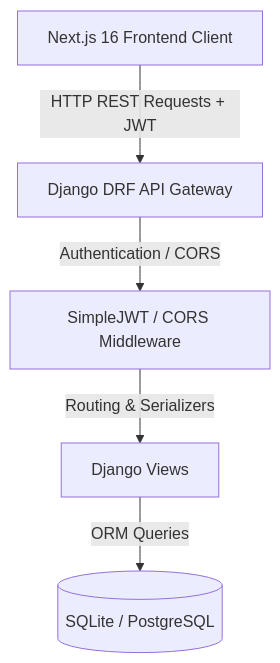
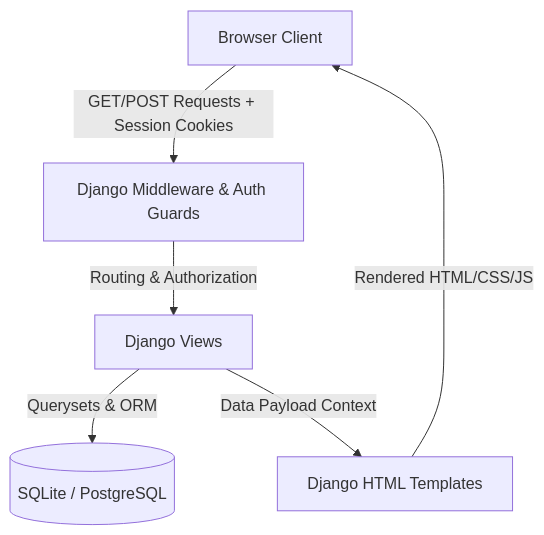
The diagram in README.md (vishalbhakt/jsmpro), drawn with Mermaid before and after one commit. The commit also changed other lines of this file, not shown here.

Commit message:
docs: align README with monolithic MVT Django project architecture, stack, and setup

````diff
--- a/README.md
+++ b/README.md
@@ -69,7 +71,8 @@
 ```mermaid
 graph TD
-    Client[Next.js 16 Frontend Client] -->|HTTP REST Requests + JWT| Gateway[Django DRF API Gateway]
-    Gateway -->|Authentication / CORS| Security[SimpleJWT / CORS Middleware]
-    Security -->|Routing & Serializers| Controllers[Django Views]
-    Controllers -->|ORM Queries| DB[(SQLite / PostgreSQL)]
+    Client[Browser Client] -->|GET/POST Requests + Session Cookies| Middleware[Django Middleware & Auth Guards]
+    Middleware -->|Routing & Authorization| Views[Django Views]
+    Views -->|Querysets & ORM| DB[(SQLite / PostgreSQL)]
+    Views -->|Data Payload Context| Templates[Django HTML Templates]
+    Templates -->|Rendered HTML/CSS/JS| Client
 ```
````
